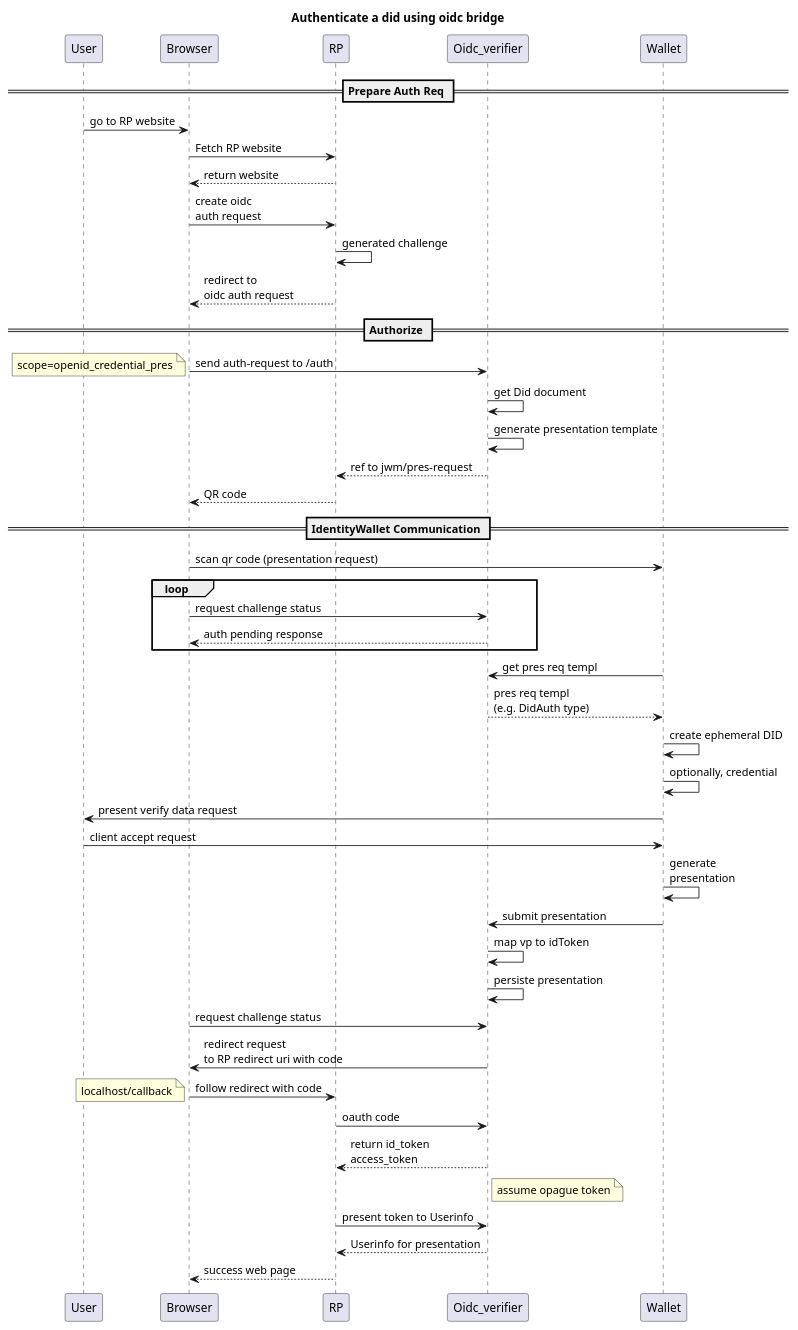
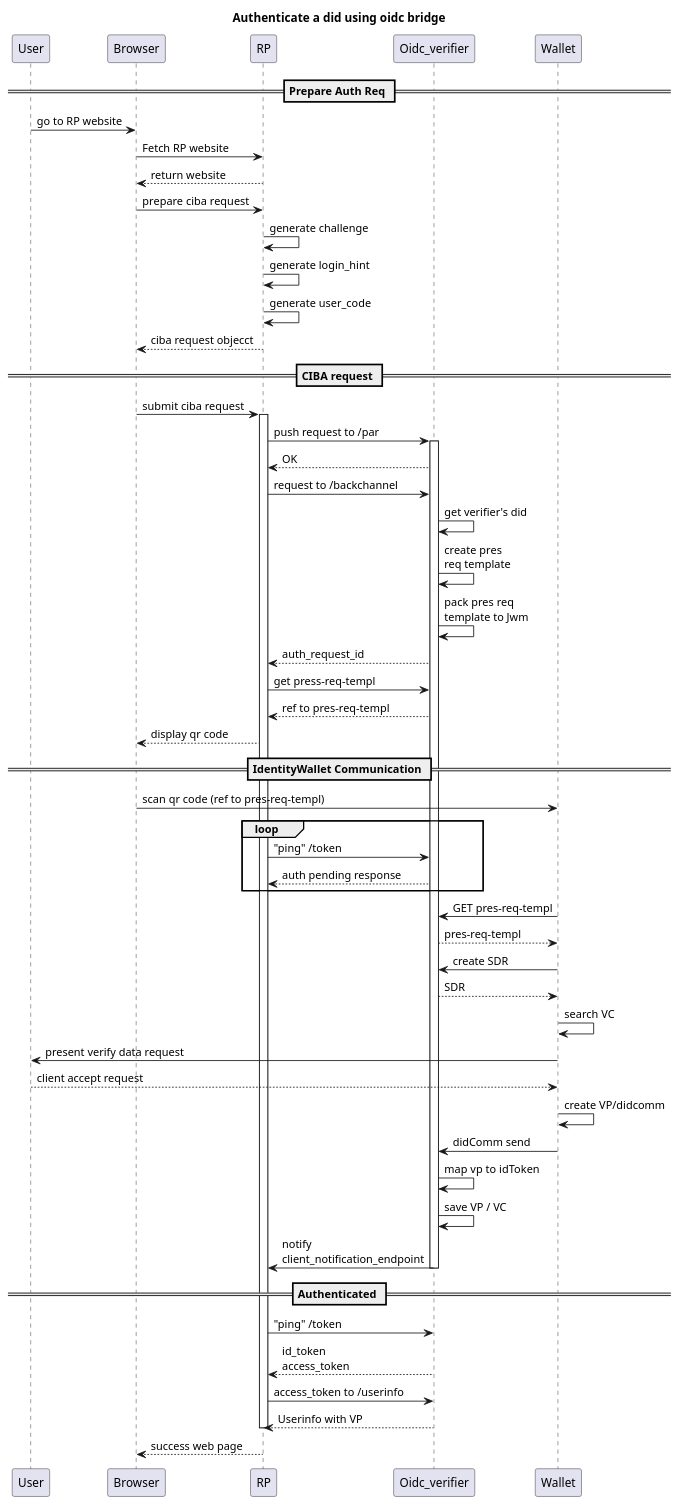
One commit to rtang03/verify-me changed the diagram in docs/authenticate.md. Above: the diagram before and after it, drawn with PlantUML.

Commit message:
attempt PAR

````diff
--- a/docs/authenticate.md
+++ b/docs/authenticate.md
@@ -5,43 +5,52 @@
 ```plantuml
 Title: Authenticate a did using oidc bridge
 == Prepare Auth Req ==
 User->Browser: go to RP website
 Browser->RP: Fetch RP website
 RP-->Browser: return website
-Browser->RP: create oidc\nauth request
-RP->RP: generated challenge
-RP-->Browser: redirect to\noidc auth request
-== Authorize ==
-Browser->Oidc_verifier: send auth-request to /auth
-note left: scope=openid_credential_pres
-Oidc_verifier->Oidc_verifier: get Did document
-Oidc_verifier->Oidc_verifier: generate presentation template
-Oidc_verifier-->RP: ref to jwm/pres-request
-RP-->Browser: QR code
+Browser->RP: prepare ciba request
+RP->RP: generate challenge
+RP->RP: generate login_hint
+RP->RP: generate user_code
+RP-->Browser: ciba request objecct
+== CIBA request ==
+Browser->RP: submit ciba request
+activate RP
+RP->Oidc_verifier: push request to /par
+activate Oidc_verifier
+Oidc_verifier-->RP: OK
+RP->Oidc_verifier: request to /backchannel
+Oidc_verifier->Oidc_verifier: get verifier's did
+Oidc_verifier->Oidc_verifier: create pres\nreq template
+Oidc_verifier->Oidc_verifier: pack pres req\ntemplate to Jwm
+Oidc_verifier-->RP: auth_request_id
+RP->Oidc_verifier: get press-req-templ
+Oidc_verifier-->RP: ref to pres-req-templ
+RP-->Browser: display qr code
 == IdentityWallet Communication ==
-Browser->Wallet: scan qr code (presentation request)
+Browser->Wallet: scan qr code (ref to pres-req-templ)
 loop
-    Browser->Oidc_verifier: request challenge status
-    Oidc_verifier-->Browser: auth pending response
+    RP->Oidc_verifier: "ping" /token
+    Oidc_verifier-->RP: auth pending response
 end
-Wallet->Oidc_verifier: get pres req templ
-Oidc_verifier-->Wallet: pres req templ\n(e.g. DidAuth type)
-Wallet->Wallet: create ephemeral DID
-Wallet->Wallet: optionally, credential
+Wallet->Oidc_verifier: GET pres-req-templ
+Oidc_verifier-->Wallet: pres-req-templ
+Wallet->Oidc_verifier: create SDR
+Oidc_verifier-->Wallet: SDR
+Wallet->Wallet: search VC
 Wallet->User: present verify data request
-User->Wallet: client accept request
-Wallet->Wallet: generate\npresentation
-Wallet->Oidc_verifier: submit presentation
+User-->Wallet: client accept request
+Wallet->Wallet: create VP/didcomm
+Wallet->Oidc_verifier: didComm send
 Oidc_verifier->Oidc_verifier: map vp to idToken
-Oidc_verifier->Oidc_verifier: persiste presentation
-Browser->Oidc_verifier: request challenge status
-Oidc_verifier->Browser: redirect request\nto RP redirect uri with code
-Browser->RP: follow redirect with code
-note left: localhost/callback
-RP->Oidc_verifier: oauth code
-Oidc_verifier-->RP: return id_token\naccess_token
-Note right of Oidc_verifier: assume opague token
-RP->Oidc_verifier: present token to Userinfo
-Oidc_verifier-->RP: Userinfo for presentation
+Oidc_verifier->Oidc_verifier: save VP / VC
+Oidc_verifier->RP: notify\nclient_notification_endpoint
+deactivate Oidc_verifier
+== Authenticated ==
+RP->Oidc_verifier: "ping" /token
+Oidc_verifier-->RP: id_token\naccess_token
+RP->Oidc_verifier: access_token to /userinfo
+Oidc_verifier-->RP: Userinfo with VP
+deactivate RP
 RP-->Browser: success web page
 ```
````
